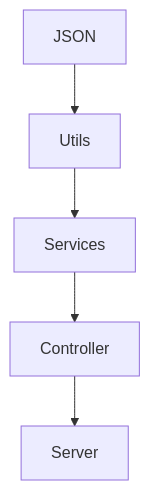
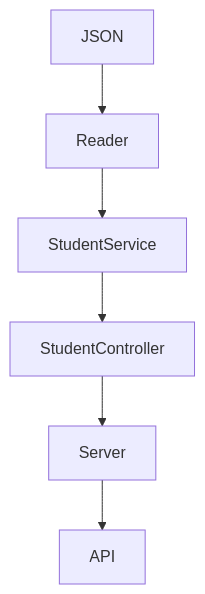
The diagram in README.md (HabacucSoto/visual-thinking-api), drawn with Mermaid before and after one commit.

````diff
--- a/README.md
+++ b/README.md
@@ -22,6 +22,8 @@
 ```mermaid
 graph TD;
-    JSON-->Utils-->Services;
-    Services-->Controller;
-    Controller-->Server;
+    JSON-->Reader;
+    Reader-->StudentService;
+    StudentService-->StudentController;
+    StudentController-->Server;
+    Server-->API;
 ```
````
